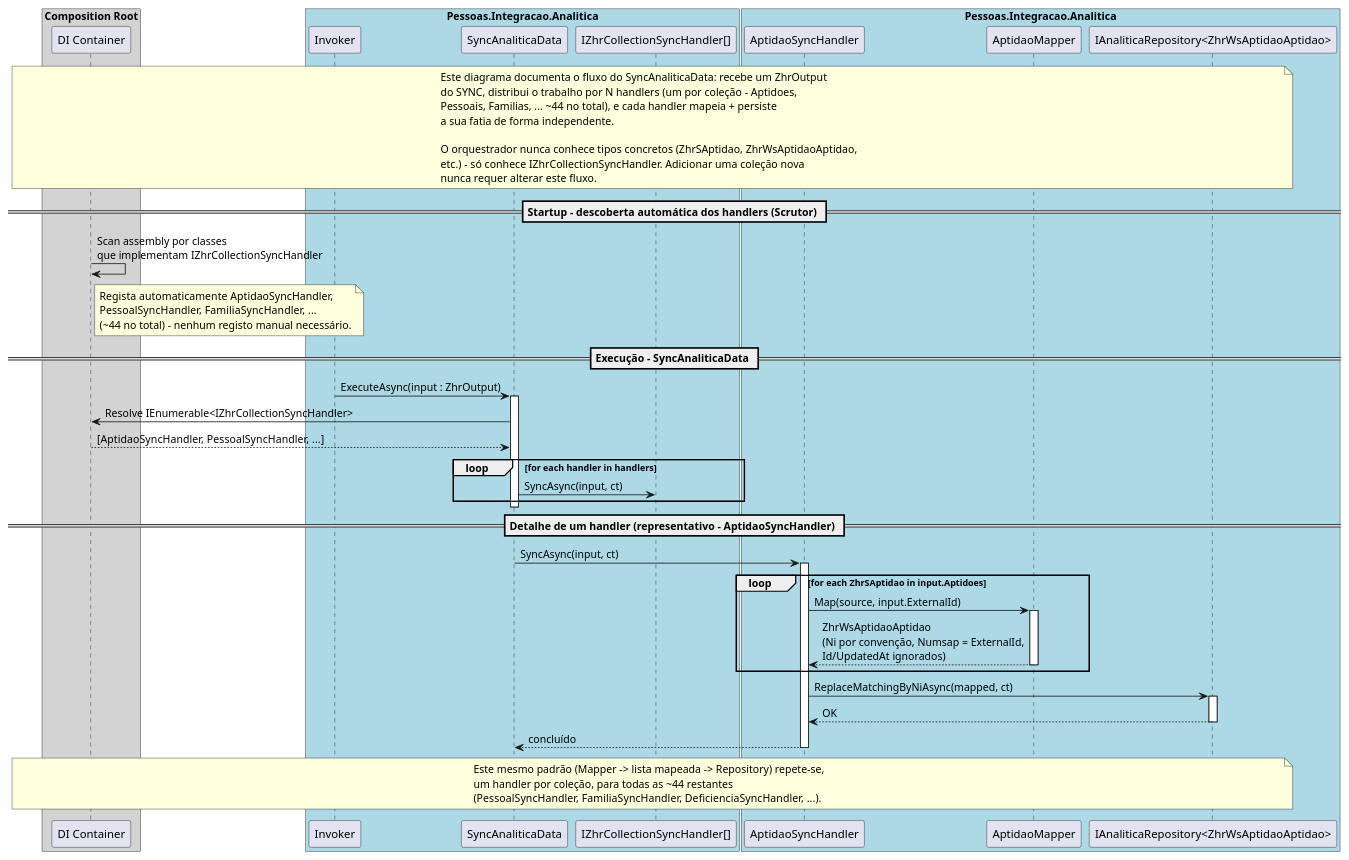
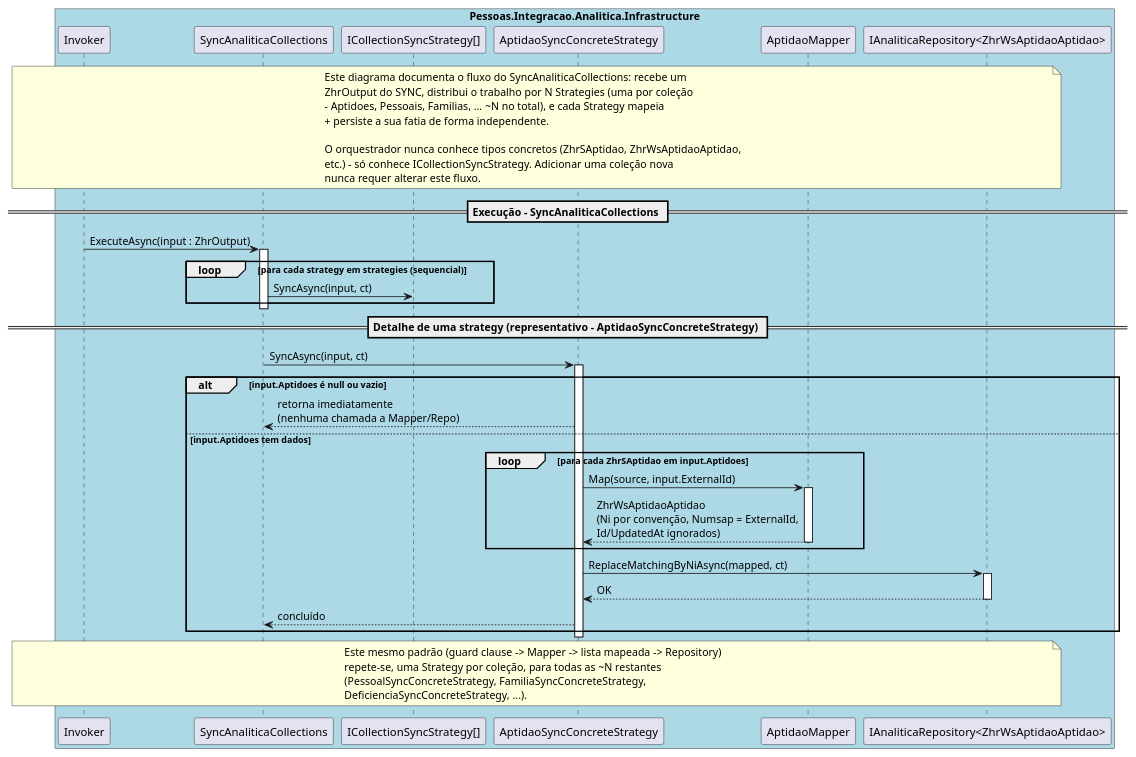
The diagram in docs/sequence-diagrams/analitica/sequence-diagram-analitica-mapper.md (Raimundo82/pessoas-integracao), drawn with PlantUML before and after one commit.

Commit message:
refactor: simplified and updated sequence diagram

````diff
--- a/docs/sequence-diagrams/analitica/sequence-diagram-analitica-mapper.md
+++ b/docs/sequence-diagrams/analitica/sequence-diagram-analitica-mapper.md
@@ -3,80 +3,69 @@
 ```plantuml
 @startuml
 note across
-Este diagrama documenta o fluxo do SyncAnaliticaData: recebe um ZhrOutput
-do SYNC, distribui o trabalho por N handlers (um por coleção - Aptidoes,
-Pessoais, Familias, ... ~44 no total), e cada handler mapeia + persiste
-a sua fatia de forma independente.
-
+Este diagrama documenta o fluxo do SyncAnaliticaCollections: recebe um
+ZhrOutput do SYNC, distribui o trabalho por N Strategies (uma por coleção
+- Aptidoes, Pessoais, Familias, ... ~N no total), e cada Strategy mapeia
++ persiste a sua fatia de forma independente.
+ 
 O orquestrador nunca conhece tipos concretos (ZhrSAptidao, ZhrWsAptidaoAptidao,
-etc.) - só conhece IZhrCollectionSyncHandler. Adicionar uma coleção nova
+etc.) - só conhece ICollectionSyncStrategy. Adicionar uma coleção nova
 nunca requer alterar este fluxo.
 end note
+ 
+== Execução - SyncAnaliticaCollections ==
+ 
+box "Pessoas.Integracao.Analitica.Infrastructure" #LightBlue
+    participant "Invoker" as Caller
+    participant "SyncAnaliticaCollections" as Orchestrator
+    participant "ICollectionSyncStrategy[]" as Strategies
 
-== Startup - descoberta automática dos handlers (Scrutor) ==
-
-box "Composition Root" #LightGray
-    participant "DI Container" as DI
-end box
-
-DI -> DI : Scan assembly por classes\nque implementam IZhrCollectionSyncHandler
-note right of DI
-Regista automaticamente AptidaoSyncHandler,
-PessoalSyncHandler, FamiliaSyncHandler, ...
-(~44 no total) - nenhum registo manual necessário.
-end note
-
-== Execução - SyncAnaliticaData ==
-
-box "Pessoas.Integracao.Analitica" #LightBlue
-    participant "Invoker" as Caller
-    participant "SyncAnaliticaData" as UseCase
-    participant "IZhrCollectionSyncHandler[]" as Handlers
-end box
-
-Caller -> UseCase : ExecuteAsync(input : ZhrOutput)
-activate UseCase
-
-    UseCase -> DI : Resolve IEnumerable<IZhrCollectionSyncHandler>
-    DI --> UseCase : [AptidaoSyncHandler, PessoalSyncHandler, ...]
-
-    loop for each handler in handlers
-        UseCase -> Handlers : SyncAsync(input, ct)
+ 
+Caller -> Orchestrator : ExecuteAsync(input : ZhrOutput)
+activate Orchestrator
+ 
+    loop para cada strategy em strategies (sequencial)
+        Orchestrator -> Strategies : SyncAsync(input, ct)
     end
-
-deactivate UseCase
-
-== Detalhe de um handler (representativo - AptidaoSyncHandler) ==
-
-box "Pessoas.Integracao.Analitica" #LightBlue
-    participant "AptidaoSyncHandler" as Handler
+ 
+deactivate Orchestrator
+ 
+== Detalhe de uma strategy (representativo - AptidaoSyncConcreteStrategy) ==
+ 
+    participant "AptidaoSyncConcreteStrategy" as Strategy
     participant "AptidaoMapper" as Mapper
     participant "IAnaliticaRepository<ZhrWsAptidaoAptidao>" as Repo
 end box
-
-UseCase -> Handler : SyncAsync(input, ct)
-activate Handler
-
-    loop for each ZhrSAptidao in input.Aptidoes
-        Handler -> Mapper : Map(source, input.ExternalId)
+ 
+Orchestrator -> Strategy : SyncAsync(input, ct)
+activate Strategy
+ 
+alt input.Aptidoes é null ou vazio
+    Strategy --> Orchestrator : retorna imediatamente\n(nenhuma chamada a Mapper/Repo)
+else input.Aptidoes tem dados
+    loop para cada ZhrSAptidao em input.Aptidoes
+        Strategy -> Mapper : Map(source, input.ExternalId)
         activate Mapper
-        Mapper --> Handler : ZhrWsAptidaoAptidao\n(Ni por convenção, Numsap = ExternalId,\nId/UpdatedAt ignorados)
+        Mapper --> Strategy : ZhrWsAptidaoAptidao\n(Ni por convenção, Numsap = ExternalId,\nId/UpdatedAt ignorados)
         deactivate Mapper
     end
-
-    Handler -> Repo : ReplaceMatchingByNiAsync(mapped, ct)
+ 
+    Strategy -> Repo : ReplaceMatchingByNiAsync(mapped, ct)
     activate Repo
-    Repo --> Handler : OK
+    Repo --> Strategy : OK
     deactivate Repo
-
-Handler --> UseCase : concluído
-deactivate Handler
-
+ 
+    Strategy --> Orchestrator : concluído
+end
+ 
+deactivate Strategy
+ 
 note across
-Este mesmo padrão (Mapper -> lista mapeada -> Repository) repete-se,
-um handler por coleção, para todas as ~44 restantes
-(PessoalSyncHandler, FamiliaSyncHandler, DeficienciaSyncHandler, ...).
+Este mesmo padrão (guard clause -> Mapper -> lista mapeada -> Repository)
+repete-se, uma Strategy por coleção, para todas as ~N restantes
+(PessoalSyncConcreteStrategy, FamiliaSyncConcreteStrategy,
+DeficienciaSyncConcreteStrategy, ...).
 end note
-
+ 
 @enduml
 ```
````
